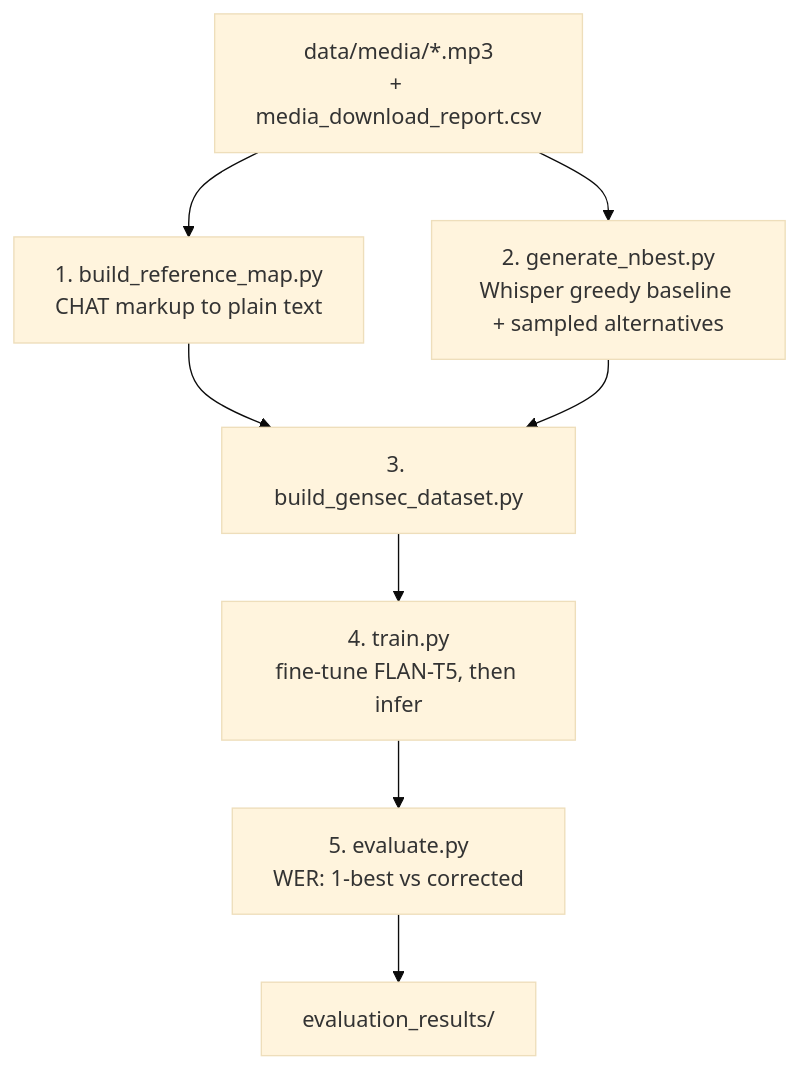
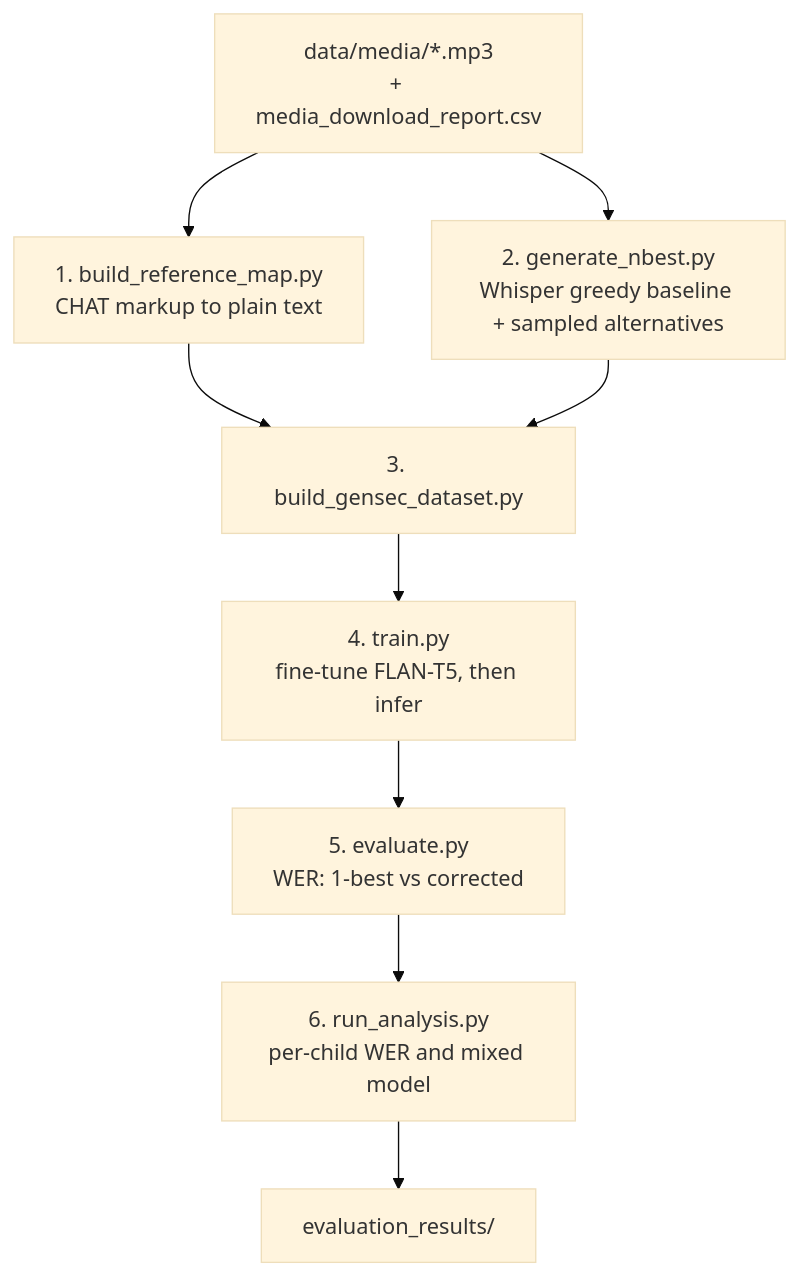
The diagram in README.md (girwandhakal/gensec-asr), drawn with Mermaid (base theme) before and after one commit. The commit also changed other lines of this file and 6 other files, not shown here.

First line of the commit message:
Add child-level mixed-model analysis to GenSEC pipeline

````diff
--- a/README.md
+++ b/README.md
@@ -53,10 +53,11 @@
 ```mermaid
 flowchart TD
     A["data/media/*.mp3<br/>+ media_download_report.csv"] --> B[1. build_reference_map.py<br/>CHAT markup to plain text]
     A --> C[2. generate_nbest.py<br/>Whisper greedy baseline + sampled alternatives]
     B --> D[3. build_gensec_dataset.py]
     C --> D
     D --> E[4. train.py<br/>fine-tune FLAN-T5, then infer]
     E --> F[5. evaluate.py<br/>WER: 1-best vs corrected]
-    F --> G[evaluation_results/]
+    F --> G[6. run_analysis.py<br/>per-child WER and mixed model]
+    G --> H[evaluation_results/]
 ```
````
